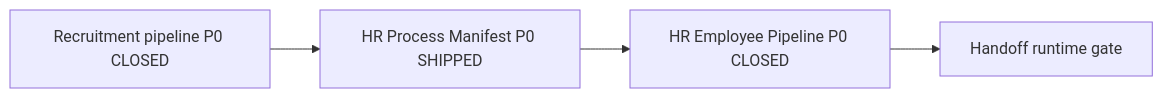
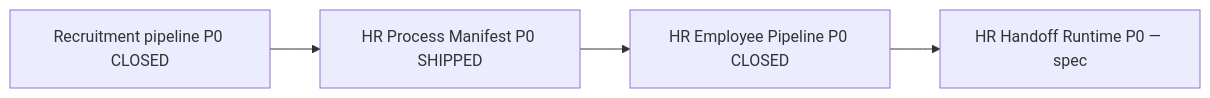
One commit to igortatarynovich/HostFlow changed the diagram in docs/specs/architecture/hr-employee-pipeline-p0.md. Above: the diagram before and after it, drawn with Mermaid. The commit also changed other lines of this file and 2 other files, not shown here.

Commit message:
docs(hr): add handoff runtime gate spec and align handoff contract
Define HR handoff runtime P0 gate (G1–G5) after closed employee pipeline;
update handoff-contract for PR-5 accept-only materialization path.

````diff
--- a/docs/specs/architecture/hr-employee-pipeline-p0.md
+++ b/docs/specs/architecture/hr-employee-pipeline-p0.md
@@ -348,10 +348,10 @@
 ```mermaid
 flowchart LR
   R_P0[Recruitment pipeline P0 CLOSED]
   HR_M[HR Process Manifest P0 SHIPPED]
   HR_P[HR Employee Pipeline P0 CLOSED]
-  HO[Handoff runtime gate]
+  HO[HR Handoff Runtime P0 — spec]
   R_P0 --> HR_M
   HR_M --> HR_P
   HR_P --> HO
 ```
````
